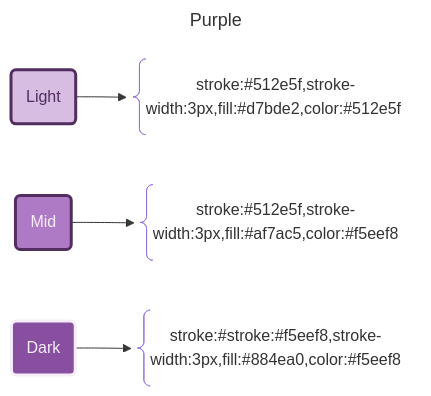
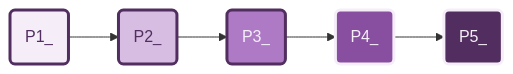
The sixth of 14 diagrams in profile/mermaid/mermaid.md (APrettyCoolProgram/aprettycoolprogram), drawn with Mermaid before and after one commit. The commit also changed other lines of this file, not shown here.

````diff
--- a/profile/mermaid/mermaid.md
+++ b/profile/mermaid/mermaid.md
@@ -201,24 +225,17 @@
 ```mermaid
----
-title: Purple
----
 flowchart LR
   %% Components
-  Light@{shape: rounded, label: "Light"}
-  LightString@{shape: brace, label: "stroke:#512e5f,stroke-width:3px,fill:#d7bde2,color:#512e5f "}
-  Mid@{shape: rounded, label: "Mid"}
-  MidString@{shape: brace, label: "stroke:#512e5f,stroke-width:3px,fill:#af7ac5,color:#f5eef8"}
-  Dark@{shape: rounded, label: "Dark"}
-  DarkString@{shape: brace, label: "stroke:#stroke:#f5eef8,stroke-width:3px,fill:#884ea0,color:#f5eef8"}
+  P1@{shape: rounded, label: "P1_"}
+  P2@{shape: rounded, label: "P2_"}
+  P3@{shape: rounded, label: "P3_"}
+  P4@{shape: rounded, label: "P4_"}
+  P5@{shape: rounded, label: "P5_"}
   %% Layout
-  Light --> LightString
-  Mid --> MidString
-  Dark --> DarkString
+  P1:::P1_ --> P2:::P2_ --> P3:::P3_ --> P4:::P4_ --> P5:::P5_ 
   %% Styles
-  classDef Light stroke:#512e5f,stroke-width:3px,fill:#d7bde2,color:#512e5f 
-  classDef Mid stroke:#512e5f,stroke-width:3px,fill:#af7ac5,color:#f5eef8
-  classDef Dark stroke:#f5eef8,stroke-width:3px,fill:#884ea0,color:#f5eef8
-  class Light Light
-  class Mid Mid
-  class Dark Dark
+  classDef P1_ stroke:#512e5f,stroke-width:3px,fill:#f5eef8,color:#512e5f
+  classDef P2_ stroke:#512e5f,stroke-width:3px,fill:#d7bde2,color:#512e5f
+  classDef P3_ stroke:#512e5f,stroke-width:3px,fill:#af7ac5,color:#f5eef8
+  classDef P4_ stroke:#f5eef8,stroke-width:3px,fill:#884ea0,color:#f5eef8
+  classDef P5_ stroke:#f5eef8,stroke-width:3px,fill:#512e5f,color:#f5eef8
 ```
````
